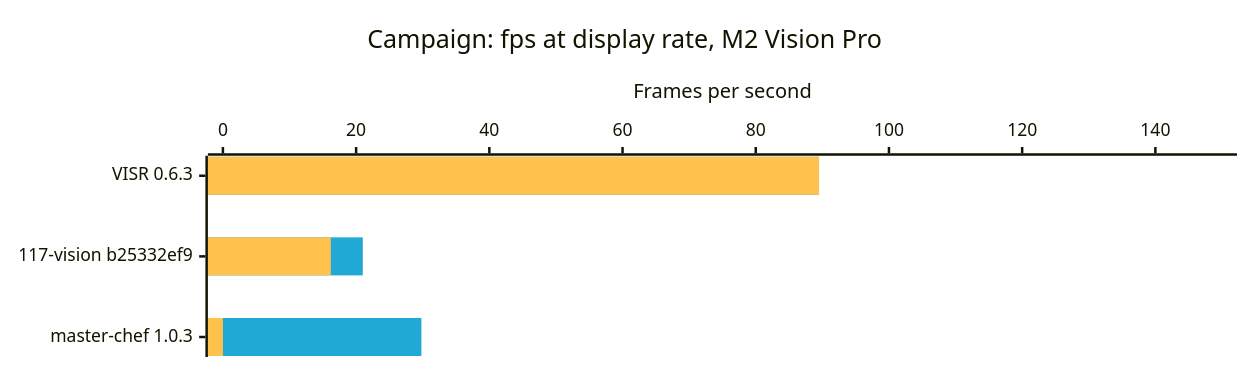
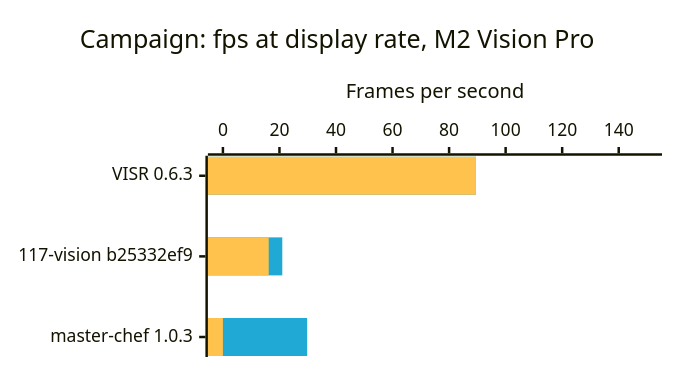
Before and after one commit to VISR-CE/visr: the seventh of 7 diagrams in docs/benchmarks.md, drawn with Mermaid. The commit also changed other lines of this file and 16 other files, not shown here.

First line of the commit message:
💄 style(benchmarks): size each chart to its device screen so it fills the frame — the chart canvas follows the screen's aspect instead of 860 by 420, the SVG scales to the whole screen box, and the iPad, iPhone and Mac frames take the full width on a phone

````diff
--- a/docs/benchmarks.md
+++ b/docs/benchmarks.md
@@ -198,17 +198,17 @@
 ```mermaid
 ---
 config:
   xyChart:
-    width: 980
+    width: 520
     height: 276
   themeVariables:
     xyChart:
       plotColorPalette: "#1fa9d4, #ffc24d"
 ---
 xychart-beta horizontal
     title "Campaign: fps at display rate, M2 Vision Pro"
     x-axis "" ["VISR 0.6.3", "117-vision b25332ef9", "master-chef 1.0.3"]
     y-axis "Frames per second" 0 --> 150
     bar [89.5, 21, 29.8]
     bar [89.5, 16.2, 0]
 ```
````
